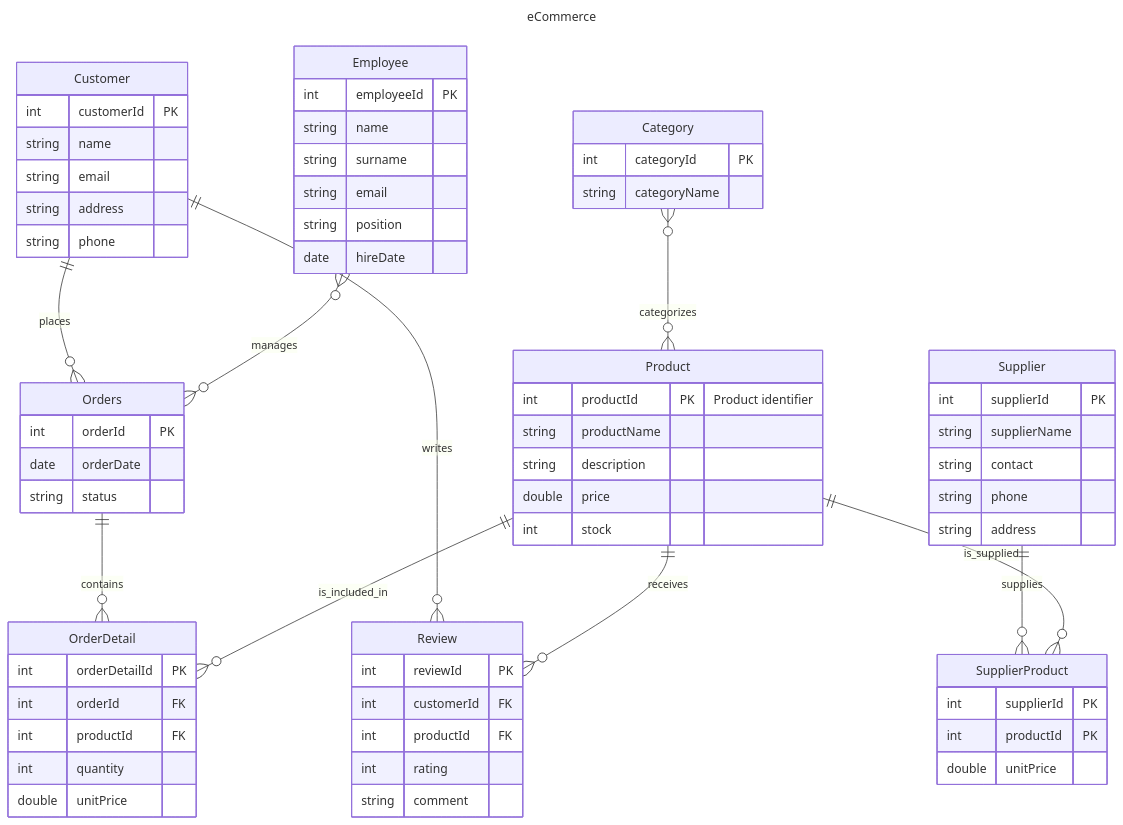
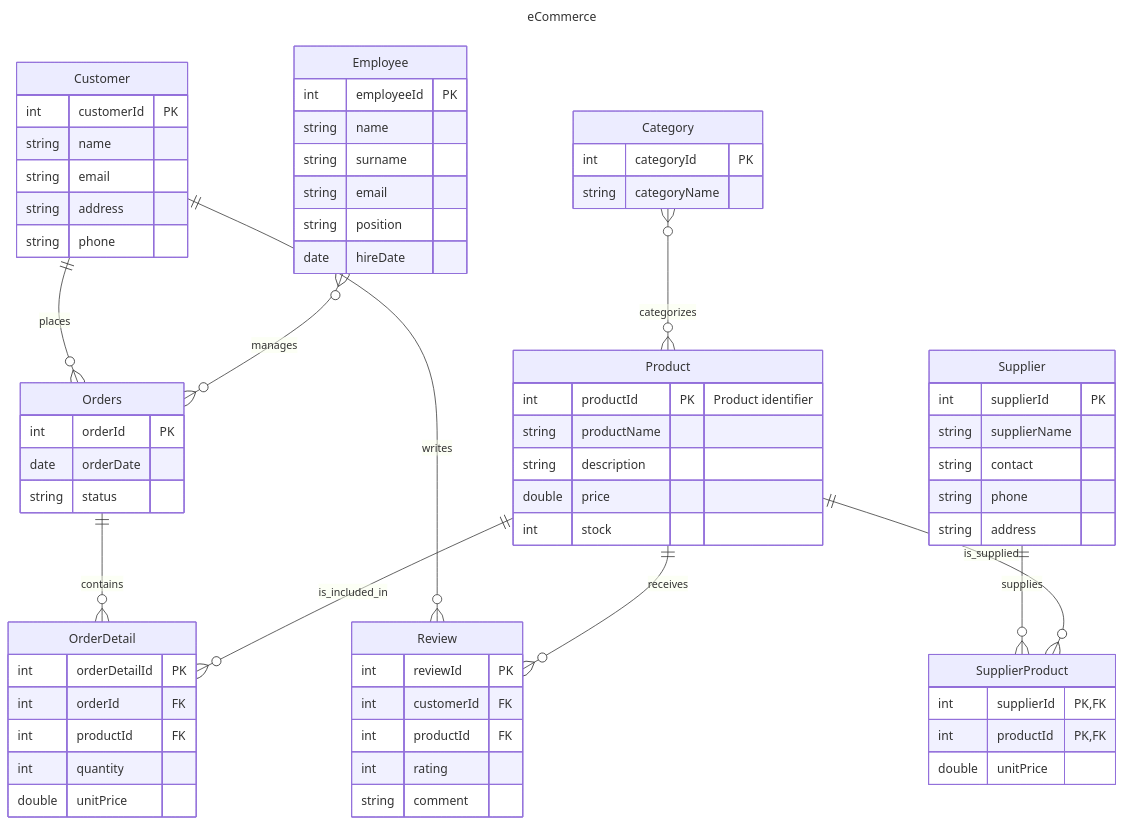
Before and after one commit to erralb/mermaid-js-erd-to-sql: the diagram in demos/ecommerce.md, drawn with Mermaid. The commit also changed 1 other file, not shown here.

Commit message:
ecommerce demo was missing FKs

````diff
--- a/demos/ecommerce.md
+++ b/demos/ecommerce.md
@@ -1,82 +1,82 @@
 ```mermaid
 ---
 title: eCommerce
 ---
 erDiagram
     Customer {
         int customerId PK
         string name
         string email
         string address
         string phone
     }
 
     Orders {
         int orderId PK
         date orderDate
         string status
     }
 
     Product {
         int productId PK "Product identifier"
         string productName
         string description
         double price
         int stock
     }
 
     OrderDetail {
         int orderDetailId PK
         int orderId FK
         int productId FK
         int quantity
         double unitPrice
     }
 
     Category {
         int categoryId PK
         string categoryName
     }
 
     Review {
         int reviewId PK
         int customerId FK
         int productId FK
         int rating
         string comment
     }
 
     Supplier {
         int supplierId PK
         string supplierName
         string contact
         string phone
         string address
     }
 
     SupplierProduct {
-        int supplierId PK
-        int productId PK
+        int supplierId PK, FK
+        int productId PK, FK
         double unitPrice
     }
 
     Employee {
         int employeeId PK
         string name
         string surname
         string email
         string position
         date hireDate
     }
 
     Customer ||--o{ Orders : places
     Orders ||--o{ OrderDetail : contains
     Product ||--o{ OrderDetail : is_included_in
     Category }o--o{ Product : categorizes
     Supplier ||--o{ SupplierProduct : supplies
     Product ||--o{ SupplierProduct : is_supplied
     Customer ||--o{ Review : writes
     Product ||--o{ Review : receives
     Employee }o--o{ Orders : manages
 
 ```
````
